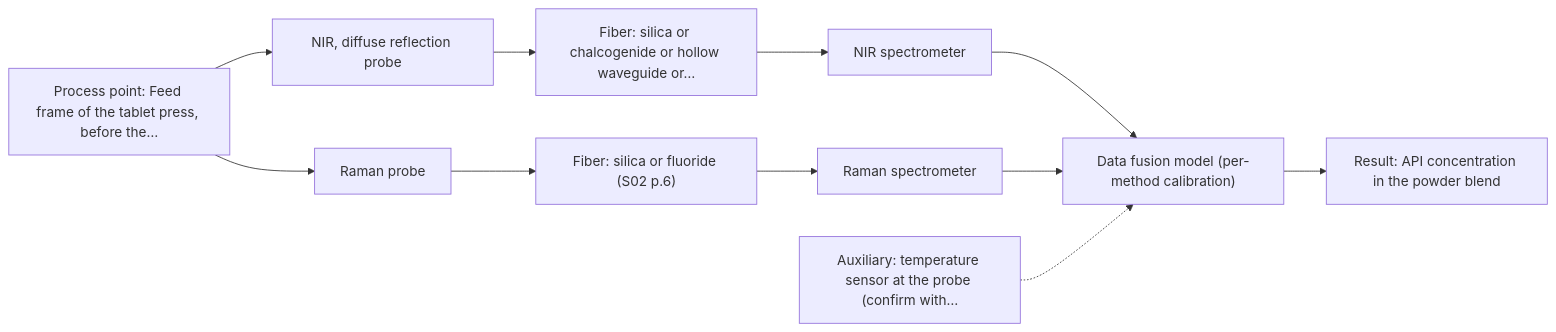
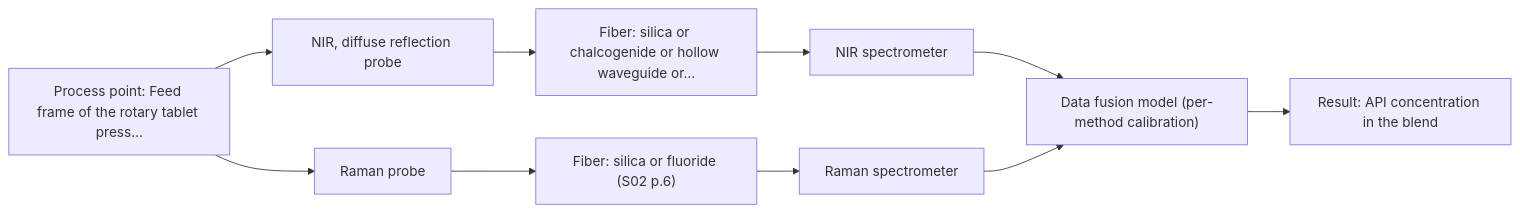
One commit to sleipnir029/Afs-Spectroscopy-Assistant changed the second of 2 diagrams in outputs/dev/D01.md. Above: the diagram before and after it, drawn with Mermaid. The commit also changed other lines of this file and 41 other files, not shown here.

````diff
--- a/outputs/dev/D01.md
+++ b/outputs/dev/D01.md
@@ -97,23 +93,21 @@
 ```mermaid
 flowchart LR
-    proc["Process point: Feed frame of the tablet press, before the…"]
+    proc["Process point: Feed frame of the rotary tablet press…"]
     probe1["NIR, diffuse reflection probe"]
     fiber1["Fiber: silica or chalcogenide or hollow waveguide or…"]
     spec1["NIR spectrometer"]
     probe2["Raman probe"]
     fiber2["Fiber: silica or fluoride (S02 p.6)"]
     spec2["Raman spectrometer"]
     model["Data fusion model (per-method calibration)"]
-    result["Result: API concentration in the powder blend"]
-    aux1["Auxiliary: temperature sensor at the probe (confirm with…"]
+    result["Result: API concentration in the blend"]
     proc --> probe1
     probe1 --> fiber1
     fiber1 --> spec1
     spec1 --> model
     proc --> probe2
     probe2 --> fiber2
     fiber2 --> spec2
     spec2 --> model
     model --> result
-    aux1 -.-> model
 ```
````
